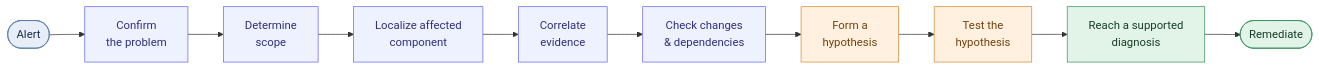
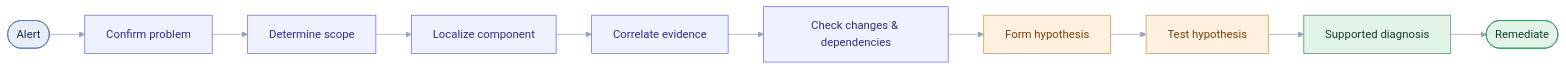
The first of 5 diagrams in README.md (TechieWebAI/incident-investigation-research), drawn with Mermaid before and after one commit.

Commit message:
Add incident investigation research

````diff
--- a/README.md
+++ b/README.md
@@ -349,22 +348,24 @@
 ```mermaid
 flowchart LR
-    A(["Alert"]) --> B["Confirm<br/>the problem"]
-    B --> C["Determine<br/>scope"]
-    C --> D["Localize affected<br/>component"]
-    D --> E["Correlate<br/>evidence"]
-    E --> F["Check changes<br/>& dependencies"]
-    F --> G["Form a<br/>hypothesis"]
-    G --> H["Test the<br/>hypothesis"]
-    H --> I["Reach a supported<br/>diagnosis"]
+    A(["Alert"]) --> B["Confirm problem"]
+    B --> C["Determine scope"]
+    C --> D["Localize component"]
+    D --> E["Correlate evidence"]
+    E --> F["Check changes & dependencies"]
+    F --> G["Form hypothesis"]
+    G --> H["Test hypothesis"]
+    H --> I["Supported diagnosis"]
     I --> J(["Remediate"])
 
     classDef start fill:#e8eef7,stroke:#5479a8,color:#172b4d
     classDef investigate fill:#eef2ff,stroke:#6366f1,color:#312e81
     classDef hypothesis fill:#fff0df,stroke:#d98a32,color:#75420d
     classDef finish fill:#e2f4e8,stroke:#39915b,color:#163d27
 
     class A start
     class B,C,D,E,F investigate
     class G,H hypothesis
     class I,J finish
+
+    linkStyle default stroke:#94a3b8
 ```
````
